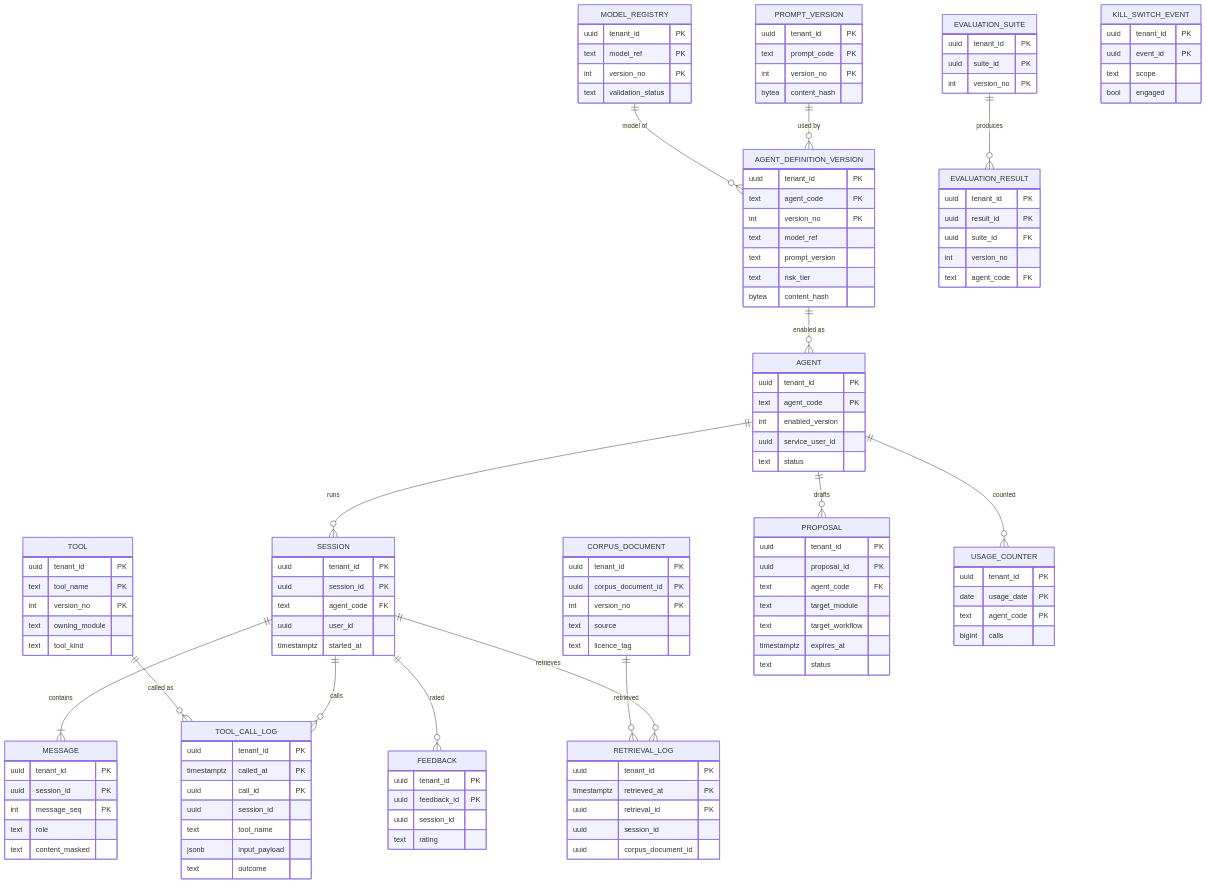
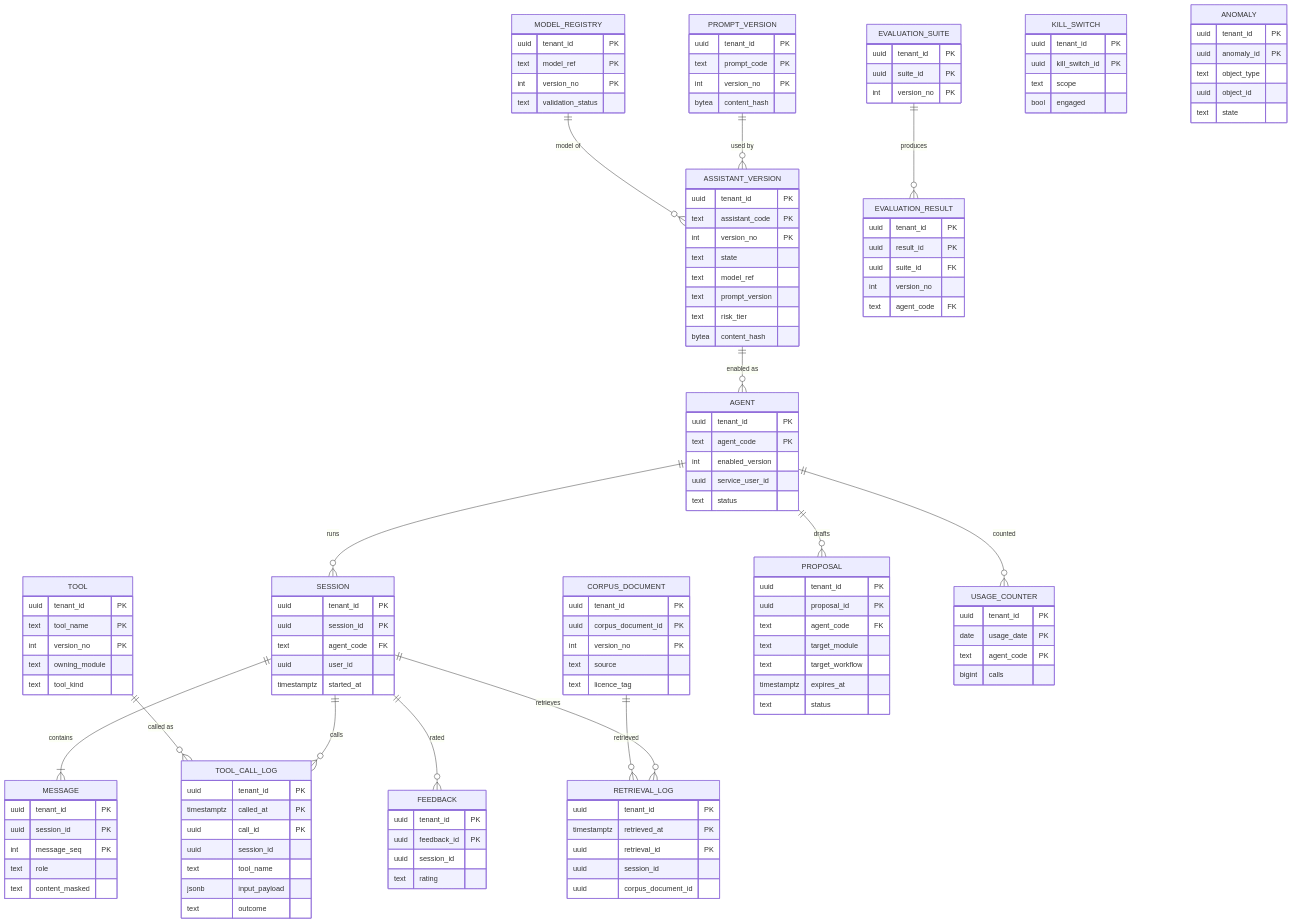
Before and after one commit to suchitdubey7/AMC-OS: the diagram in architecture/erds/D17_ai.md, drawn with Mermaid. The commit also changed other lines of this file and 19 other files, not shown here.

````diff
--- a/architecture/erds/D17_ai.md
+++ b/architecture/erds/D17_ai.md
@@ -9,7 +9,7 @@
 ```mermaid
 erDiagram
-  AGENT_DEFINITION_VERSION ||--o{ AGENT : "enabled as"
-  PROMPT_VERSION ||--o{ AGENT_DEFINITION_VERSION : "used by"
+  ASSISTANT_VERSION ||--o{ AGENT : "enabled as"
+  PROMPT_VERSION ||--o{ ASSISTANT_VERSION : "used by"
   AGENT ||--o{ SESSION : "runs"
   SESSION ||--|{ MESSAGE : "contains"
   SESSION ||--o{ TOOL_CALL_LOG : "calls"
@@ -19,12 +19,13 @@
   AGENT ||--o{ PROPOSAL : "drafts"
   SESSION ||--o{ FEEDBACK : "rated"
   EVALUATION_SUITE ||--o{ EVALUATION_RESULT : "produces"
-  MODEL_REGISTRY ||--o{ AGENT_DEFINITION_VERSION : "model of"
+  MODEL_REGISTRY ||--o{ ASSISTANT_VERSION : "model of"
   AGENT ||--o{ USAGE_COUNTER : "counted"
-  AGENT_DEFINITION_VERSION {
+  ASSISTANT_VERSION {
     uuid tenant_id PK
-    text agent_code PK
+    text assistant_code PK
     int version_no PK
+    text state
     text model_ref
     text prompt_version
     text risk_tier
@@ -120,11 +121,18 @@
     text source
     text licence_tag
   }
-  KILL_SWITCH_EVENT {
+  KILL_SWITCH {
     uuid tenant_id PK
-    uuid event_id PK
+    uuid kill_switch_id PK
     text scope
     bool engaged
+  }
+  ANOMALY {
+    uuid tenant_id PK
+    uuid anomaly_id PK
+    text object_type
+    uuid object_id
+    text state
   }
   USAGE_COUNTER {
     uuid tenant_id PK
````
